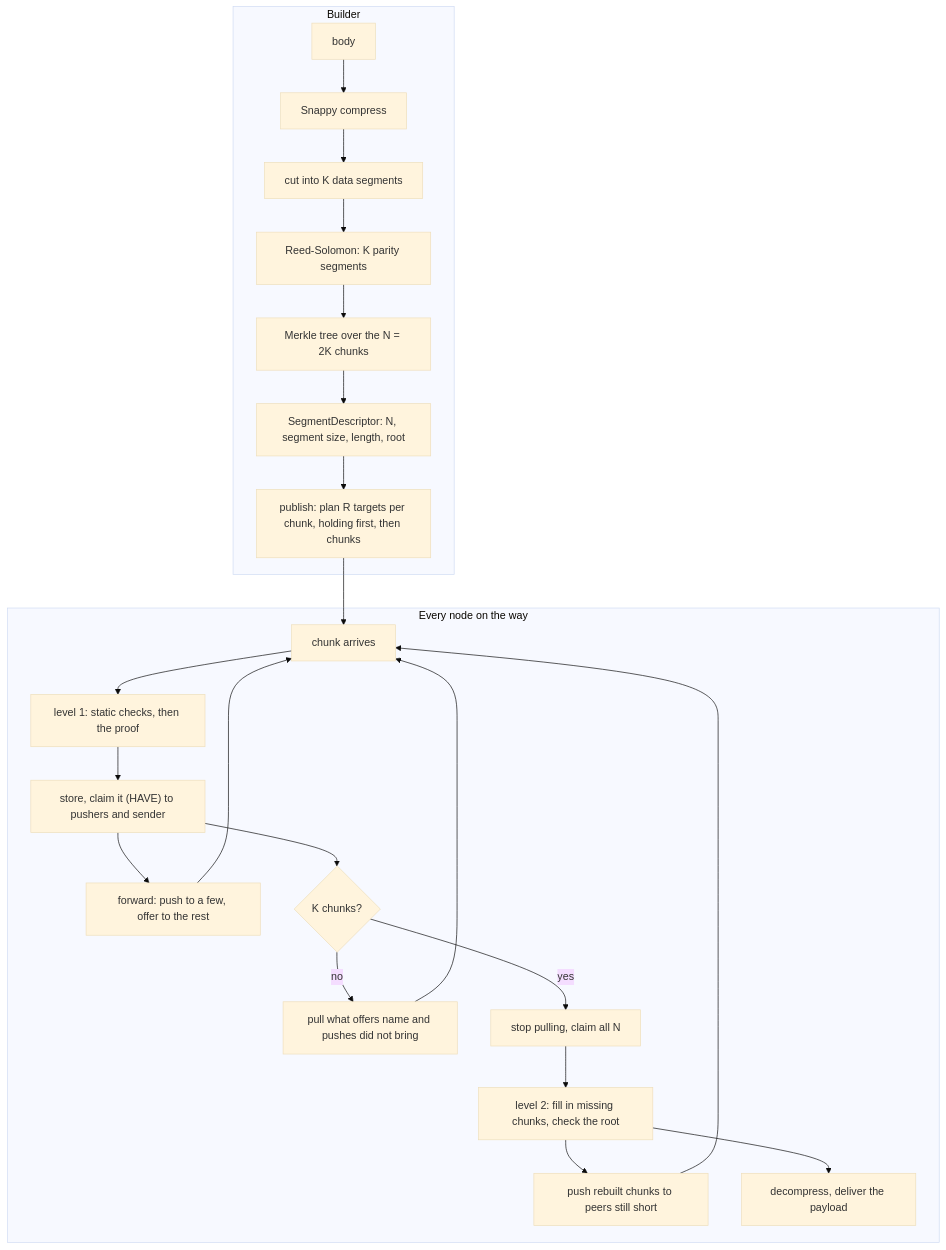
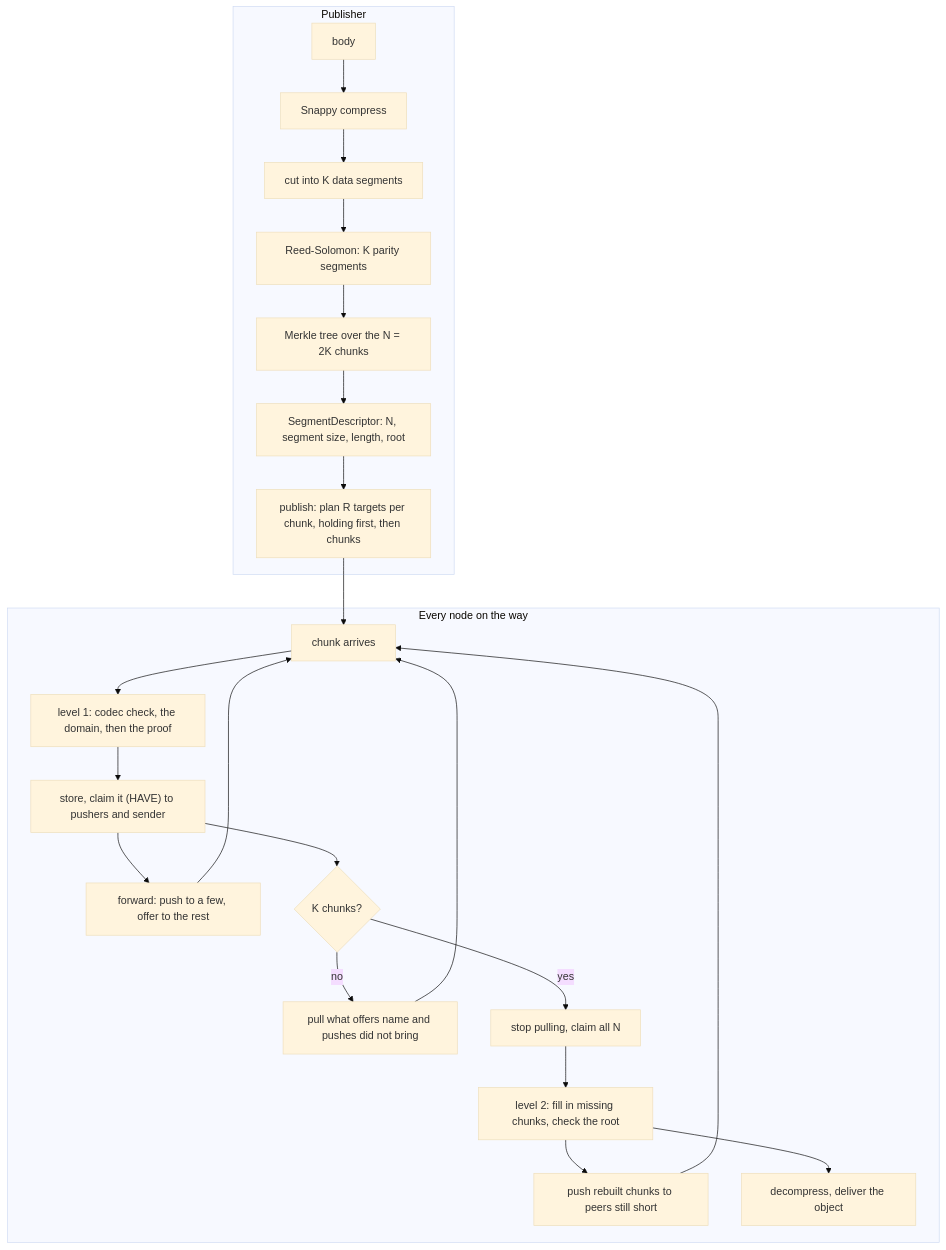
Before and after one commit to cskiraly/seacast-rs: the second of 7 diagrams in README.md, drawn with Mermaid (base theme). The commit also changed other lines of this file and 7 other files, not shown here.

````diff
--- a/README.md
+++ b/README.md
@@ -71,28 +78,28 @@
 ```mermaid
 flowchart TB
-  subgraph builder["Builder"]
+  subgraph publisher["Publisher"]
     B1["body"] --> B2["Snappy compress"]
     B2 --> B3["cut into K data segments"]
     B3 --> B4["Reed-Solomon: K parity segments"]
     B4 --> B5["Merkle tree over the N = 2K chunks"]
     B5 --> B6["SegmentDescriptor: N, segment size, length, root"]
     B6 --> B7["publish: plan R targets per chunk, holding first, then chunks"]
   end
 
   subgraph relay["Every node on the way"]
-    R1["chunk arrives"] --> R2["level 1: static checks, then the proof"]
+    R1["chunk arrives"] --> R2["level 1: codec check, the domain, then the proof"]
     R2 --> R3["store, claim it (HAVE) to pushers and sender"]
     R3 --> R4["forward: push to a few, offer to the rest"]
     R3 --> R5{"K chunks?"}
     R5 -- "no" --> R6["pull what offers name and pushes did not bring"]
     R6 --> R1
     R5 -- "yes" --> R7["stop pulling, claim all N"]
     R7 --> R8["level 2: fill in missing chunks, check the root"]
     R8 --> R9["push rebuilt chunks to peers still short"]
-    R8 --> R10["decompress, deliver the payload"]
+    R8 --> R10["decompress, deliver the object"]
   end
 
   B7 --> R1
   R4 --> R1
   R9 --> R1
 ```
````
